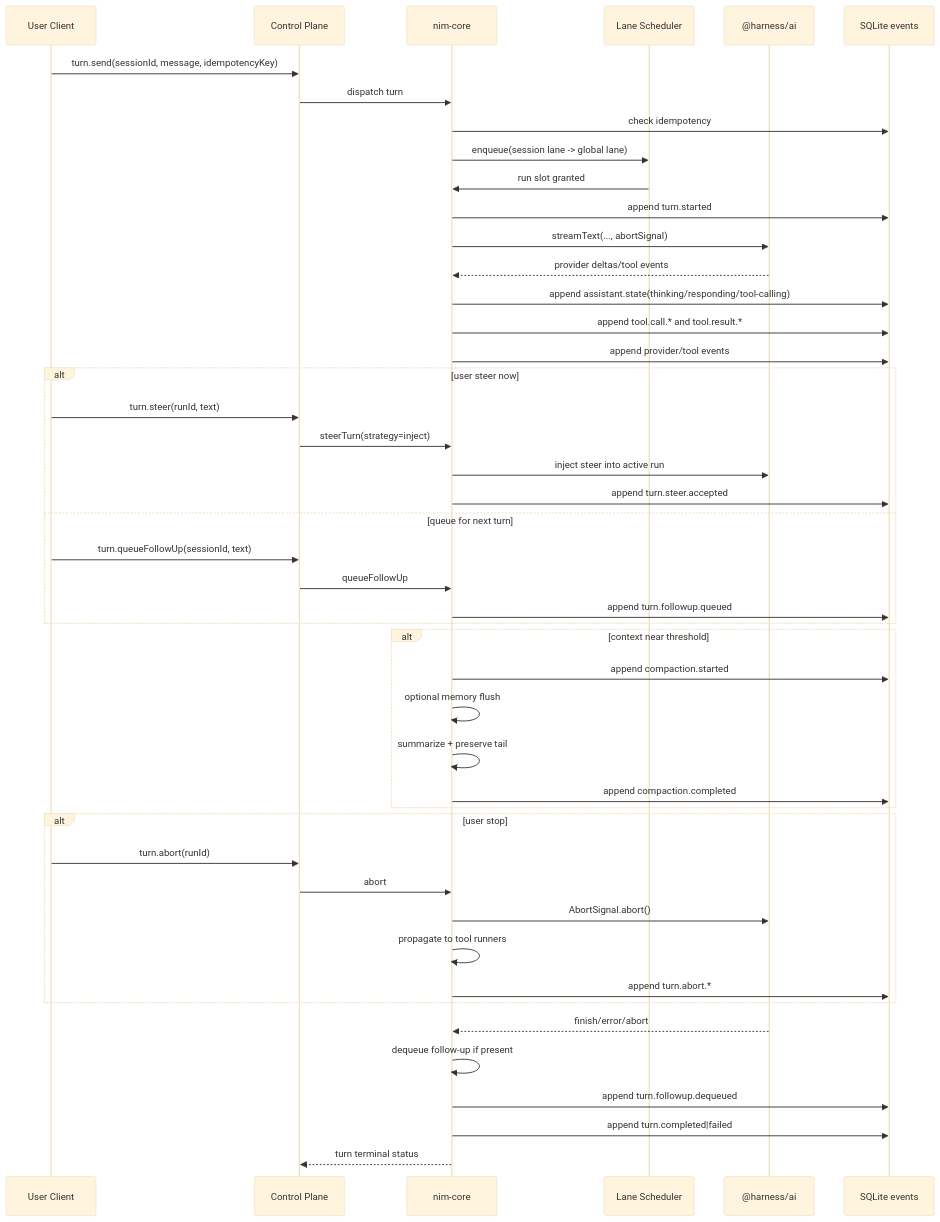
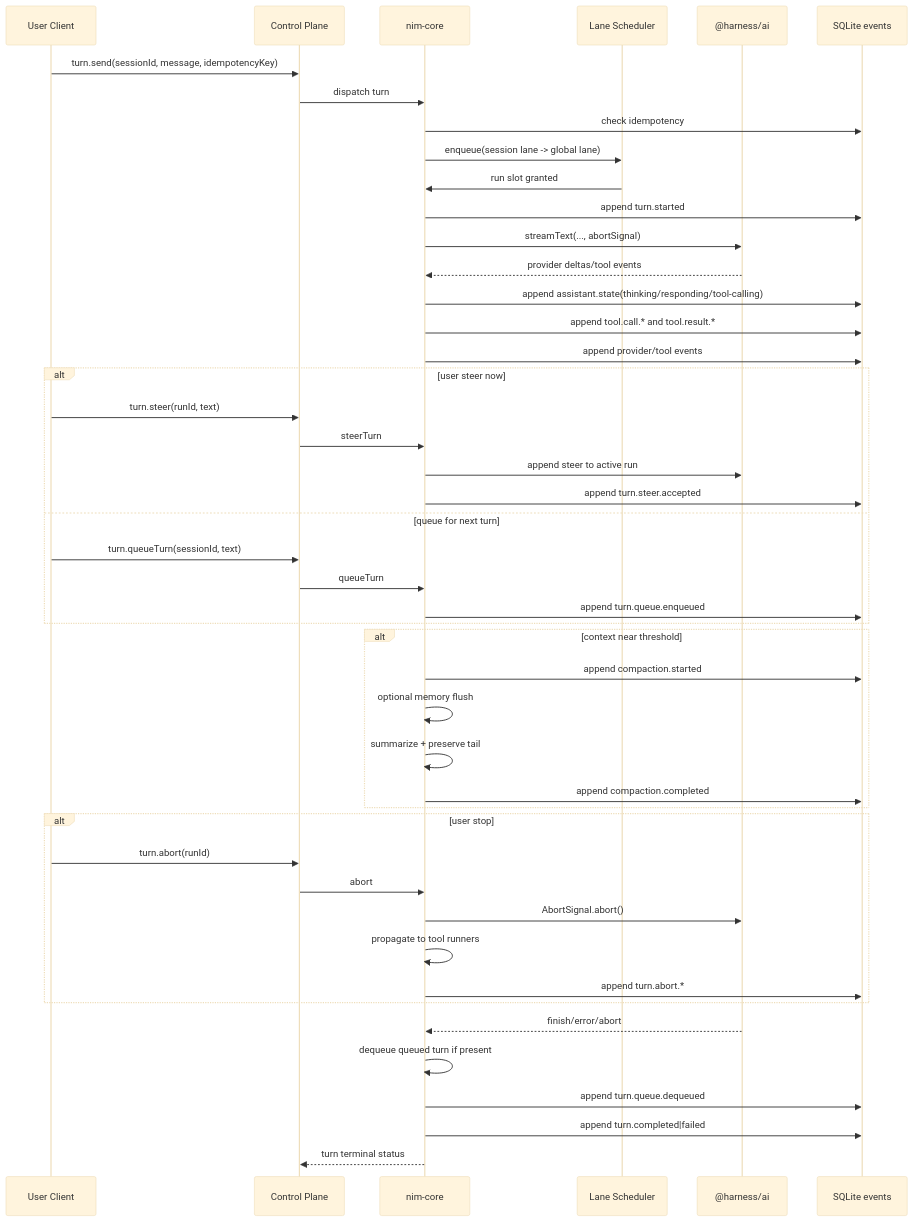
One commit to jmoyers/harness changed the third of 4 diagrams in tmp/nim-research-proposal.md. Above: the diagram before and after it, drawn with Mermaid (base theme). The commit also changed other lines of this file and 8 other files, not shown here.

Commit message:
Align Nim steer/queue semantics with Codex terminology

````diff
--- a/tmp/nim-research-proposal.md
+++ b/tmp/nim-research-proposal.md
@@ -355,53 +353,53 @@
 ```mermaid
 sequenceDiagram
     participant U as User Client
     participant CP as Control Plane
     participant N as nim-core
     participant Q as Lane Scheduler
     participant AI as @harness/ai
     participant DB as SQLite events
 
     U->>CP: turn.send(sessionId, message, idempotencyKey)
     CP->>N: dispatch turn
     N->>DB: check idempotency
     N->>Q: enqueue(session lane -> global lane)
     Q->>N: run slot granted
     N->>DB: append turn.started
     N->>AI: streamText(..., abortSignal)
     AI-->>N: provider deltas/tool events
     N->>DB: append assistant.state(thinking/responding/tool-calling)
     N->>DB: append tool.call.* and tool.result.*
     N->>DB: append provider/tool events
 
     alt user steer now
       U->>CP: turn.steer(runId, text)
-      CP->>N: steerTurn(strategy=inject)
-      N->>AI: inject steer into active run
+      CP->>N: steerTurn
+      N->>AI: append steer to active run
       N->>DB: append turn.steer.accepted
     else queue for next turn
-      U->>CP: turn.queueFollowUp(sessionId, text)
-      CP->>N: queueFollowUp
-      N->>DB: append turn.followup.queued
+      U->>CP: turn.queueTurn(sessionId, text)
+      CP->>N: queueTurn
+      N->>DB: append turn.queue.enqueued
     end
 
     alt context near threshold
       N->>DB: append compaction.started
       N->>N: optional memory flush
       N->>N: summarize + preserve tail
       N->>DB: append compaction.completed
     end
 
     alt user stop
       U->>CP: turn.abort(runId)
       CP->>N: abort
       N->>AI: AbortSignal.abort()
       N->>N: propagate to tool runners
       N->>DB: append turn.abort.*
     end
 
     AI-->>N: finish/error/abort
-    N->>N: dequeue follow-up if present
-    N->>DB: append turn.followup.dequeued
+    N->>N: dequeue queued turn if present
+    N->>DB: append turn.queue.dequeued
     N->>DB: append turn.completed|failed
     N-->>CP: turn terminal status
 ```
````
